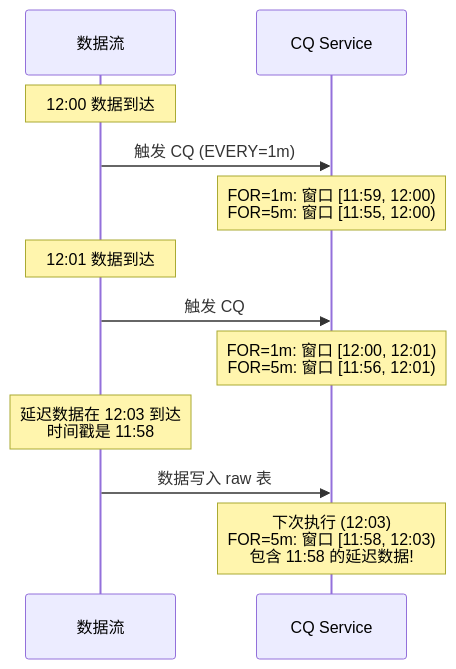
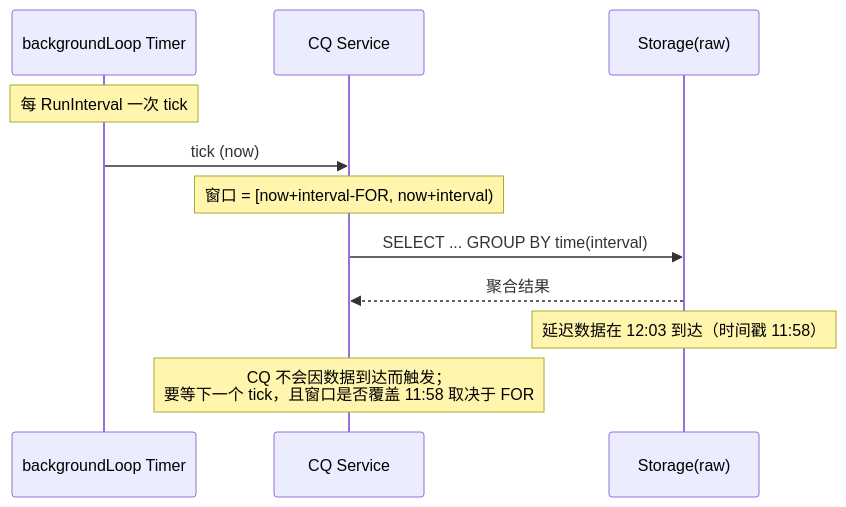
The eighth of 16 diagrams in docs/specs/05_downsampling_spec.md (stefanv5/influxdb), drawn with Mermaid before and after one commit. The commit also changed other lines of this file and 16 other files, not shown here.

First line of the commit message:
docs: correct and deepen the 17 architecture specs

````diff
--- a/docs/specs/05_downsampling_spec.md
+++ b/docs/specs/05_downsampling_spec.md
@@ -751,18 +947,15 @@
 ```mermaid
 sequenceDiagram
-    participant Data as 数据流
+    participant Timer as backgroundLoop Timer
     participant CQ as CQ Service
+    participant Storage as Storage(raw)
 
-    Note over Data: 12:00 数据到达
-    Data->>CQ: 触发 CQ (EVERY=1m)
-    Note over CQ: FOR=1m: 窗口 [11:59, 12:00)<br>FOR=5m: 窗口 [11:55, 12:00)
+    Note over Timer: 每 RunInterval 一次 tick
+    Timer->>CQ: tick (now)
+    Note over CQ: 窗口 = [now+interval-FOR, now+interval)
+    CQ->>Storage: SELECT ... GROUP BY time(interval)
+    Storage-->>CQ: 聚合结果
 
-    Note over Data: 12:01 数据到达
-    Data->>CQ: 触发 CQ
-    Note over CQ: FOR=1m: 窗口 [12:00, 12:01)<br>FOR=5m: 窗口 [11:56, 12:01)
-
-    Note over Data: 延迟数据在 12:03 到达<br>时间戳是 11:58
-    Data->>CQ: 数据写入 raw 表
-
-    Note over CQ: 下次执行 (12:03)<br>FOR=5m: 窗口 [11:58, 12:03)<br>包含 11:58 的延迟数据!
+    Note over Storage: 延迟数据在 12:03 到达（时间戳 11:58）
+    Note over CQ: CQ 不会因数据到达而触发；<br>要等下一个 tick，且窗口是否覆盖 11:58 取决于 FOR
 ```
````
